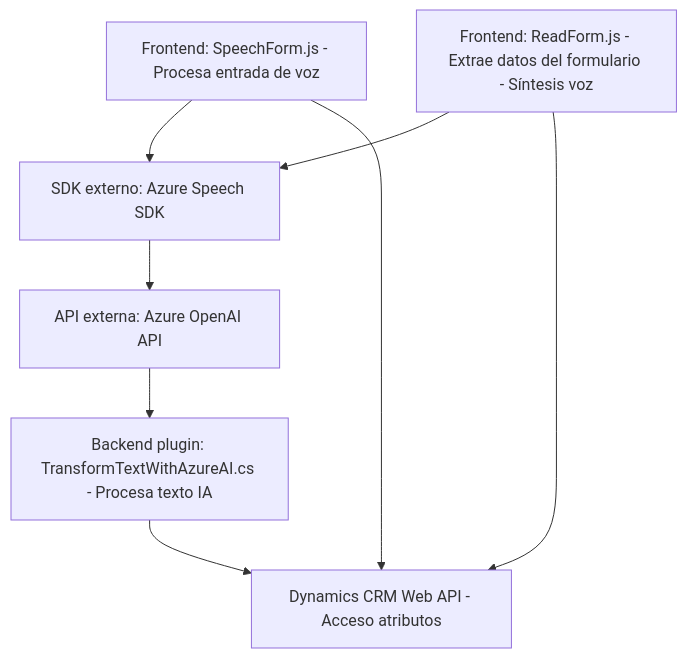
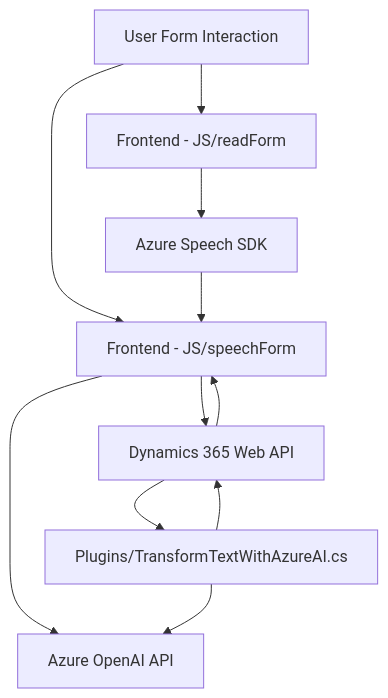
Before and after one commit to blopezdm/NETCORE_BILBAO2025: the diagram in README.md, drawn with Mermaid. The commit also changed other lines of this file, not shown here.

````diff
--- a/README.md
+++ b/README.md
@@ -48,17 +38,18 @@
 ```mermaid
 graph TD
-    A["Frontend: SpeechForm.js - Procesa entrada de voz"]
-    B["Frontend: ReadForm.js - Extrae datos del formulario - Síntesis voz"]
-    C["SDK externo: Azure Speech SDK"]
-    D["API externa: Azure OpenAI API"]
-    E["Backend plugin: TransformTextWithAzureAI.cs - Procesa texto IA"]
-    F["Dynamics CRM Web API - Acceso atributos"]
+    A["Frontend - JS/readForm"]
+    B["Frontend - JS/speechForm"]
+    C["Plugins/TransformTextWithAzureAI.cs"]
+    D["Azure Speech SDK"]
+    E["Azure OpenAI API"]
+    F["Dynamics 365 Web API"]
+    G["User Form Interaction"]
     
-    A --> C
-    B --> C
-    C --> D
-    B --> F
-    A --> F
-    D --> E
-    E --> F
+    G --> A --> D
+    G --> B --> F
+    D --> B
+    B --> E
+    F --> B
+    F --> C --> E
+    C --> F
 ```
````
